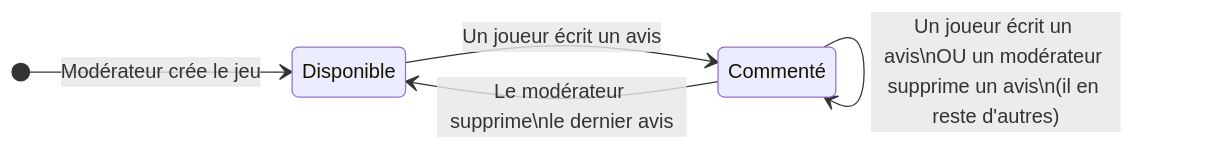
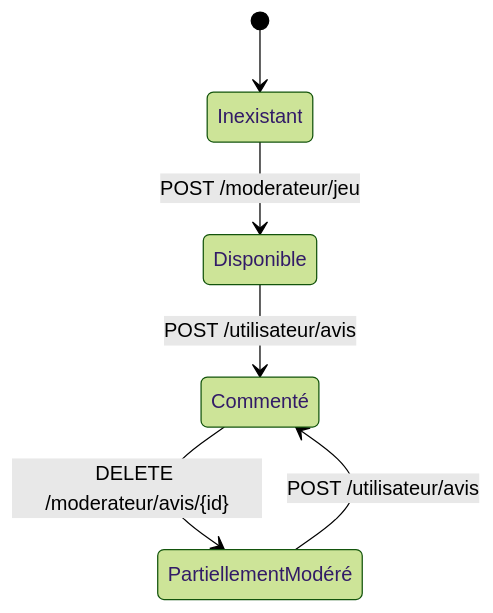
The third of 4 diagrams in backend/doc/uml.md (Jaxonce/avis-projet-esgi-m2), drawn with Mermaid before and after one commit.

````diff
--- a/backend/doc/uml.md
+++ b/backend/doc/uml.md
@@ -158,12 +158,17 @@
 ```mermaid
+---
+config:
+  theme: forest
+  look: classic
+---
 stateDiagram-v2
-    direction LR
+    [*] --> Inexistant
 
-    [*] --> Disponible : Modérateur crée le jeu
+    Inexistant --> Disponible : POST /moderateur/jeu
 
-    Disponible --> Commenté : Un joueur écrit un avis
+    Disponible --> Commenté : POST /utilisateur/avis
 
-    Commenté --> Commenté : Un joueur écrit un avis\nOU un modérateur supprime un avis\n(il en reste d'autres)
+    Commenté --> PartiellementModéré : DELETE /moderateur/avis/{id}
 
-    Commenté --> Disponible : Le modérateur supprime\nle dernier avis
+    PartiellementModéré --> Commenté : POST /utilisateur/avis
 ```
````
